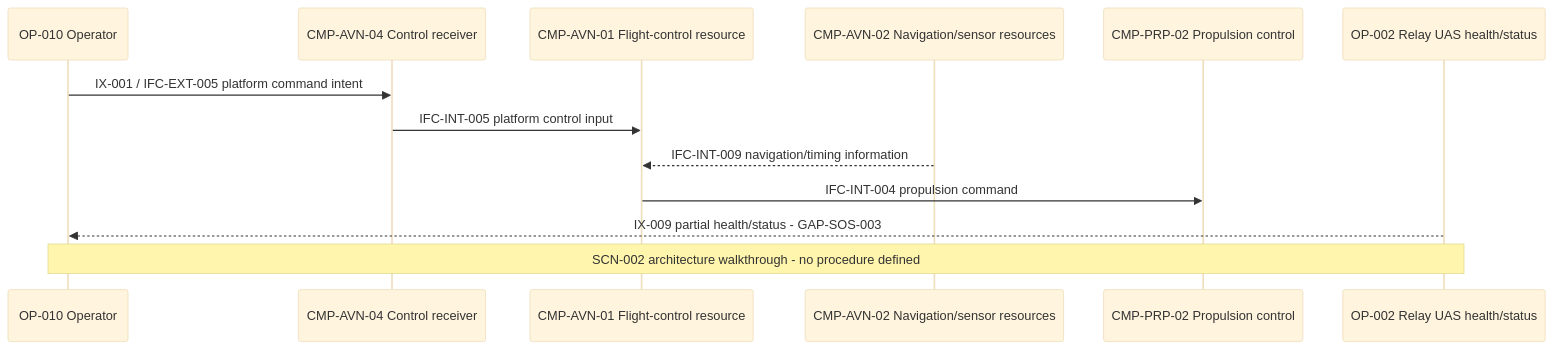
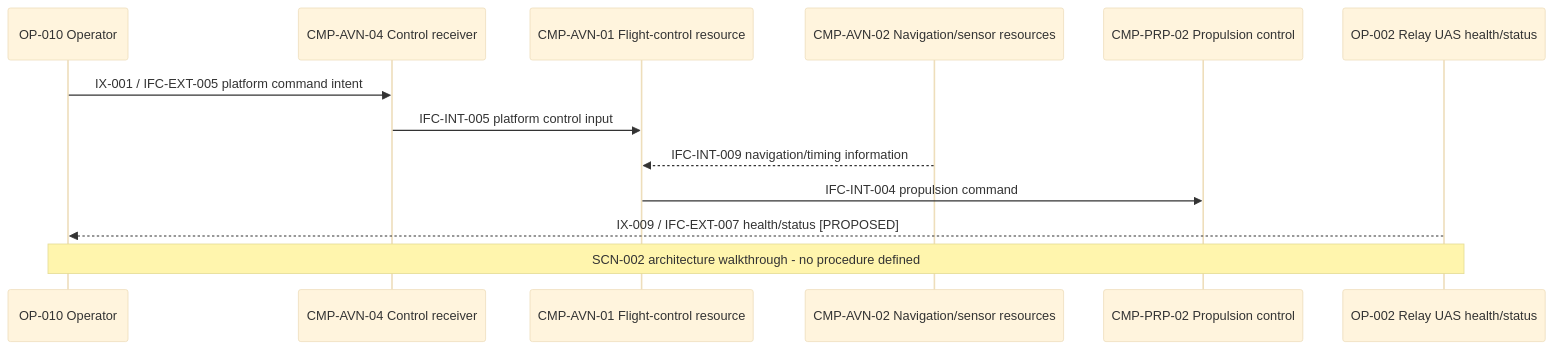
Before and after one commit to noahstephenson/low-cost-relay-uas: diagram 11 of 20 in reports/architecture-views.md, drawn with Mermaid (base theme). The commit also changed other lines of this file and 12 other files, not shown here.

Commit message:
Mature relay UAS candidate architecture

````diff
--- a/reports/architecture-views.md
+++ b/reports/architecture-views.md
@@ -254,16 +254,16 @@
 ```mermaid
 sequenceDiagram
     %% Configuration scope: CFG-REP / CFG-DOM
     participant Operator as OP-010 Operator
     participant Receiver as CMP-AVN-04 Control receiver
     participant Flight as CMP-AVN-01 Flight-control resource
     participant Nav as CMP-AVN-02 Navigation/sensor resources
     participant Propulsion as CMP-PRP-02 Propulsion control
     participant Relay as OP-002 Relay UAS health/status
     Operator->>Receiver: IX-001 / IFC-EXT-005 platform command intent
     Receiver->>Flight: IFC-INT-005 platform control input
     Nav-->>Flight: IFC-INT-009 navigation/timing information
     Flight->>Propulsion: IFC-INT-004 propulsion command
-    Relay-->>Operator: IX-009 partial health/status - GAP-SOS-003
+    Relay-->>Operator: IX-009 / IFC-EXT-007 health/status [PROPOSED]
     Note over Operator,Relay: SCN-002 architecture walkthrough - no procedure defined
 ```
````
